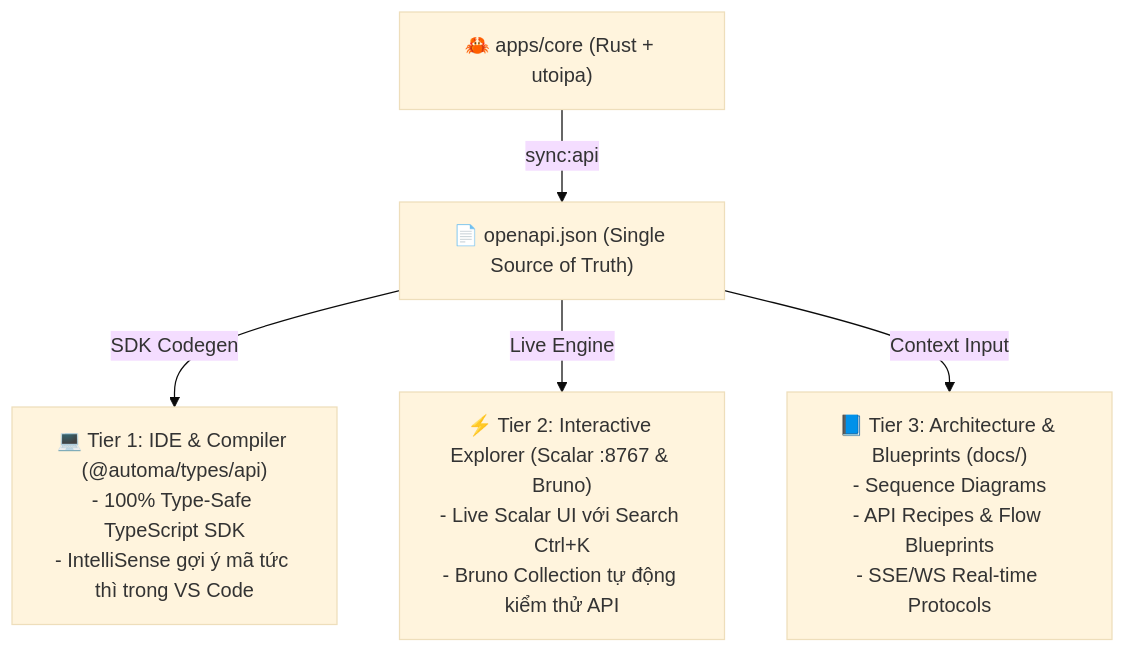
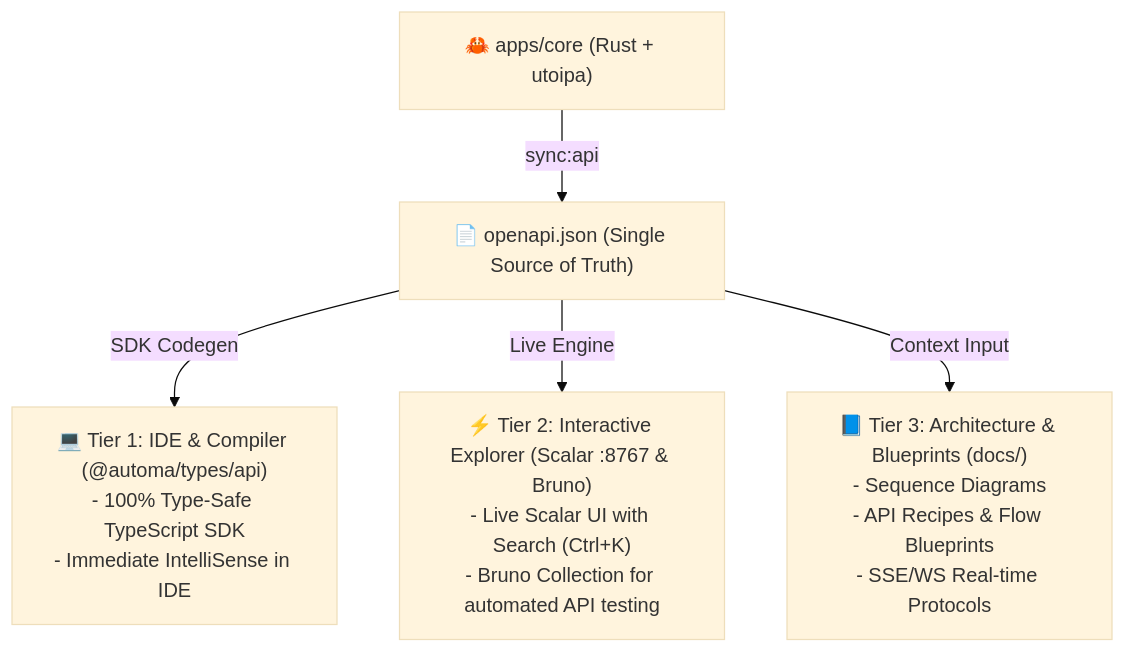
One commit to tuquet/automa changed the second of 2 diagrams in docs/README.md. Above: the diagram before and after it, drawn with Mermaid (base theme). The commit also changed other lines of this file and 26 other files, not shown here.

````diff
--- a/docs/README.md
+++ b/docs/README.md
@@ -126,8 +126,8 @@
 ```mermaid
 graph TD
     Rust["🦀 apps/core (Rust + utoipa)"] -->|sync:api| Spec["📄 openapi.json (Single Source of Truth)"]
     
-    Spec -->|SDK Codegen| Tier1["💻 Tier 1: IDE & Compiler (@automa/types/api)<br/>- 100% Type-Safe TypeScript SDK<br/>- IntelliSense gợi ý mã tức thì trong VS Code"]
-    Spec -->|Live Engine| Tier2["⚡ Tier 2: Interactive Explorer (Scalar :8767 & Bruno)<br/>- Live Scalar UI với Search Ctrl+K<br/>- Bruno Collection tự động kiểm thử API"]
+    Spec -->|SDK Codegen| Tier1["💻 Tier 1: IDE & Compiler (@automa/types/api)<br/>- 100% Type-Safe TypeScript SDK<br/>- Immediate IntelliSense in IDE"]
+    Spec -->|Live Engine| Tier2["⚡ Tier 2: Interactive Explorer (Scalar :8767 & Bruno)<br/>- Live Scalar UI with Search (Ctrl+K)<br/>- Bruno Collection for automated API testing"]
     Spec -->|Context Input| Tier3["📘 Tier 3: Architecture & Blueprints (docs/)<br/>- Sequence Diagrams<br/>- API Recipes & Flow Blueprints<br/>- SSE/WS Real-time Protocols"]
 ```
````
